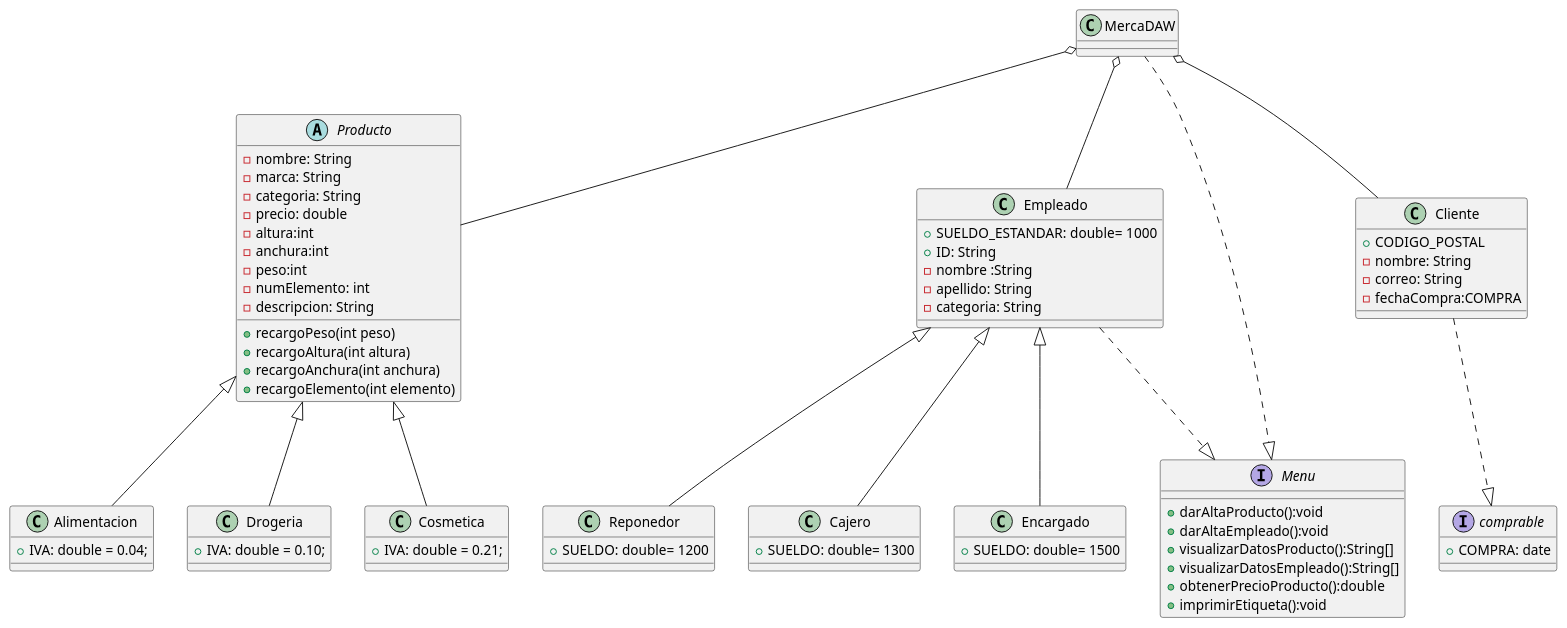
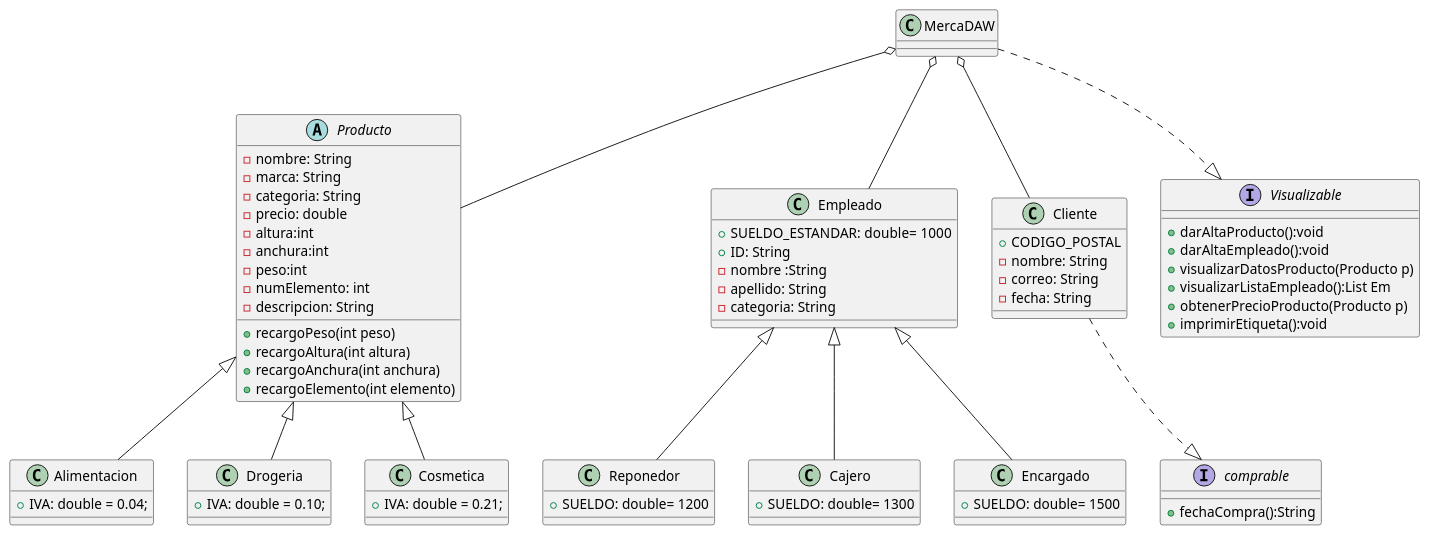
Before and after one commit to EmiOba/practica: the diagram in docs/diagramaClases.pu, drawn with PlantUML. The commit also changed 12 other files, not shown here.

```diff
--- a/docs/diagramaClases.pu
+++ b/docs/diagramaClases.pu
@@ -2,80 +2,79 @@
 @startuml diagrama de clase 
 
 class MercaDAW{
 }
 abstract Producto{
    - nombre: String
    - marca: String
    - categoria: String
    - precio: double
    - altura:int
    - anchura:int 
    - peso:int
    - numElemento: int
    - descripcion: String
    + recargoPeso(int peso)
    + recargoAltura(int altura)
    + recargoAnchura(int anchura)
    + recargoElemento(int elemento)
 }
 class Alimentacion{
    + IVA: double = 0.04;
 }
 class Drogeria{
    + IVA: double = 0.10; 
 }
 class Cosmetica{
    + IVA: double = 0.21;
 }
 class Empleado{
    + SUELDO_ESTANDAR: double= 1000
    + ID: String
    - nombre :String
    - apellido: String
    - categoria: String
 }
 class Reponedor{
    + SUELDO: double= 1200
 }
 class Cajero{
    + SUELDO: double= 1300
 }
 class Encargado{
    + SUELDO: double= 1500
 }
 class Cliente{
    + CODIGO_POSTAL
    - nombre: String
    - correo: String
-   - fechaCompra:COMPRA
+   - fecha: String
 }
 interface comprable{
-   +COMPRA: date
+   + fechaCompra():String
 }
-interface Menu{
+interface Visualizable{
    + darAltaProducto():void
    + darAltaEmpleado():void
-   + visualizarDatosProducto():String[]
-   + visualizarDatosEmpleado():String[]
-   + obtenerPrecioProducto():double
+   + visualizarDatosProducto(Producto p)
+   + visualizarListaEmpleado():List Em
+   + obtenerPrecioProducto(Producto p)
    + imprimirEtiqueta():void
 }
 
 MercaDAW o-- Producto
 MercaDAW o-- Empleado
 MercaDAW o-- Cliente
 
 Producto <|-- Alimentacion 
 Producto <|-- Drogeria
 Producto <|-- Cosmetica
 
 Empleado <|-- Reponedor
 Empleado <|-- Cajero
 Empleado <|-- Encargado
 
 Cliente ..|> comprable
 
-Empleado ..|> Menu
-MercaDAW ..|> Menu
+MercaDAW ..|> Visualizable
 
 @enduml
```
